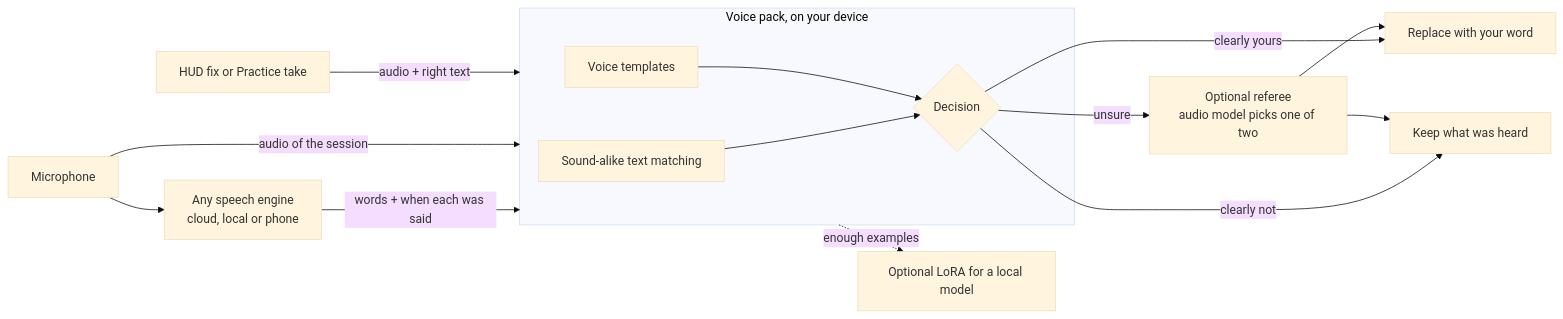
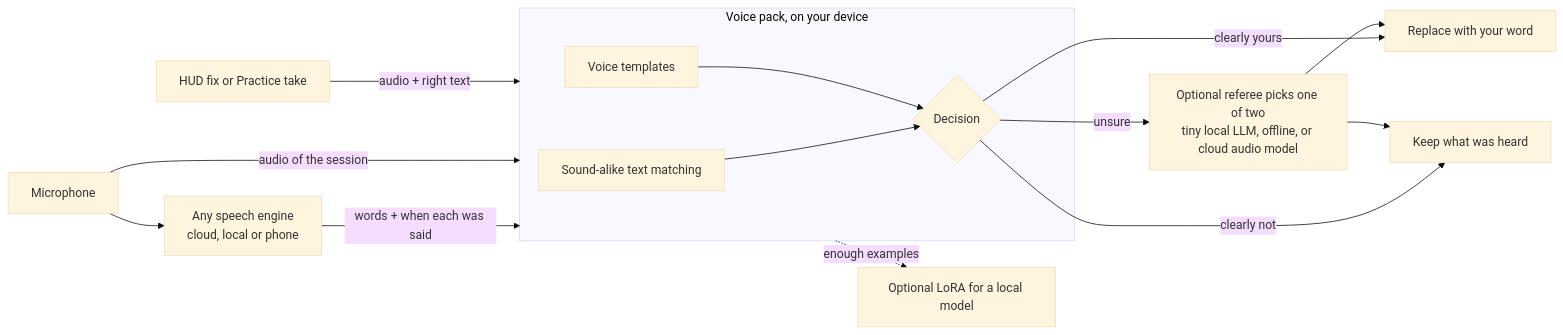
The diagram in docs/VOICE_PACK.md (HighRyzchs/S2TEasy), drawn with Mermaid (base theme) before and after one commit. The commit also changed other lines of this file, not shown here.

First line of the commit message:
Add a tiny local LLM as the offline referee in the voice pack notes

````diff
--- a/docs/VOICE_PACK.md
+++ b/docs/VOICE_PACK.md
@@ -38,20 +38,20 @@
 ```mermaid
 flowchart LR
   Mic[Microphone] --> Engine[Any speech engine<br/>cloud, local or phone]
   Engine -->|words + when each was said| Pack
   Mic -->|audio of the session| Pack
   subgraph Pack[Voice pack, on your device]
     Text[Sound-alike text matching]
     Templates[Voice templates]
     Decide{Decision}
     Text --> Decide
     Templates --> Decide
   end
   Decide -->|clearly yours| Replace[Replace with your word]
   Decide -->|clearly not| Keep[Keep what was heard]
-  Decide -->|unsure| Referee[Optional referee<br/>audio model picks one of two]
+  Decide -->|unsure| Referee[Optional referee picks one of two<br/>tiny local LLM, offline, or cloud audio model]
   Referee --> Replace
   Referee --> Keep
   HUD[HUD fix or Practice take] -->|audio + right text| Pack
   Pack -.->|enough examples| Adapter[Optional LoRA for a local model]
 ```
````
